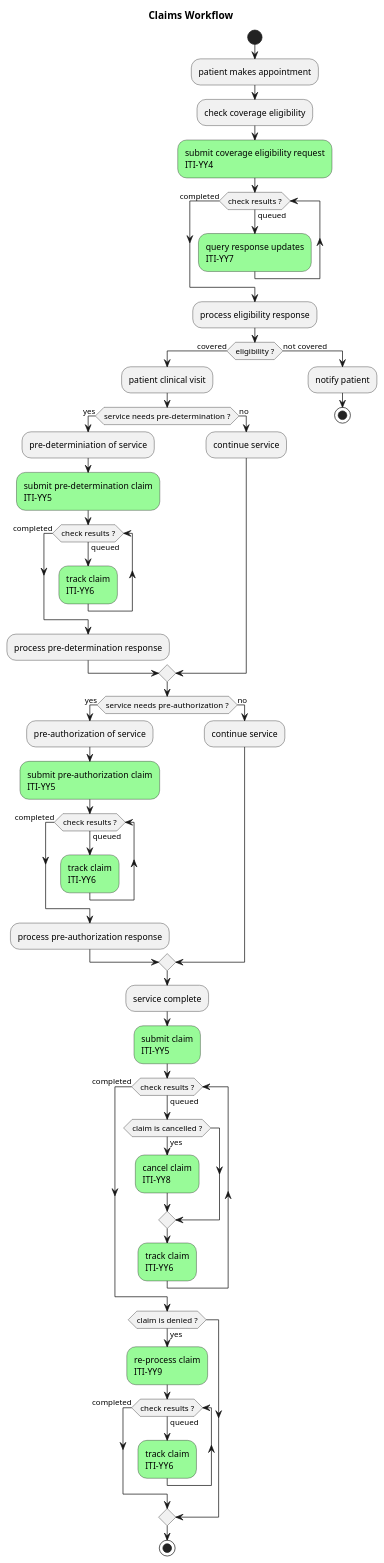
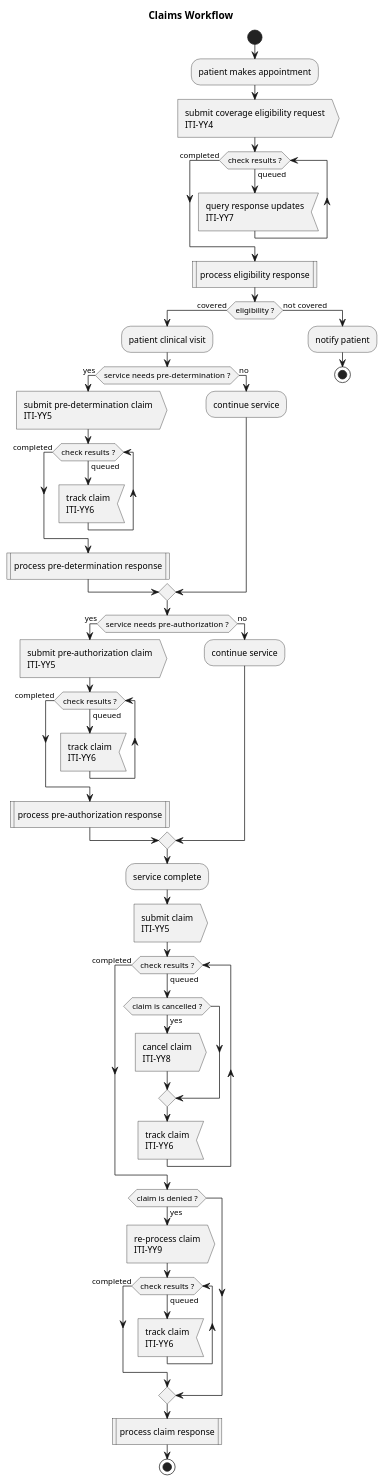
Before and after one commit to IHE/ITI.Finance: the diagram in input/images-source/overview-visit.plantuml, drawn with PlantUML. The commit also changed 2 other files, not shown here.

```diff
--- a/input/images-source/overview-visit.plantuml
+++ b/input/images-source/overview-visit.plantuml
@@ -1,55 +1,53 @@
 @startuml
 
 title Claims Workflow
 
 start
 :patient makes appointment;
-:check coverage eligibility;
-#palegreen:submit coverage eligibility request\nITI-YY4;
+:submit coverage eligibility request\nITI-YY4>
 while (check results ?) is (queued)
-  #palegreen:query response updates\nITI-YY7;
+  :query response updates\nITI-YY7<
 endwhile (completed)
-:process eligibility response;
+:process eligibility response|
 if (eligibility ?) then (covered)
   :patient clinical visit;
 
   if (service needs pre-determination ?) then (yes)
-    :pre-determiniation of service;
-    #palegreen:submit pre-determination claim\nITI-YY5;
+    :submit pre-determination claim\nITI-YY5>
     while (check results ?) is (queued)
-      #palegreen:track claim\nITI-YY6;
+      :track claim\nITI-YY6<
     endwhile (completed)
-    :process pre-determination response;
+    :process pre-determination response|
   else (no)
     :continue service;
   endif 
   if (service needs pre-authorization ?) then (yes)
-  :pre-authorization of service;
-  #palegreen:submit pre-authorization claim\nITI-YY5;
+  :submit pre-authorization claim\nITI-YY5>
   while (check results ?) is (queued)
-    #palegreen:track claim\nITI-YY6;
+    :track claim\nITI-YY6<
   endwhile (completed)
-  :process pre-authorization response;
+  :process pre-authorization response|
   else (no)
     :continue service;
   endif
   :service complete;
-  #palegreen:submit claim\nITI-YY5;
+  :submit claim\nITI-YY5>
   while (check results ?) is (queued)
     if (claim is cancelled ?) then (yes)
-      #palegreen:cancel claim\nITI-YY8;
+      :cancel claim\nITI-YY8>
     endif
-    #palegreen:track claim\nITI-YY6;
+    :track claim\nITI-YY6<
   endwhile (completed)
   if (claim is denied ?) then (yes)
-    #palegreen:re-process claim\nITI-YY9;
+    :re-process claim\nITI-YY9>
     while (check results ?) is (queued)
-      #palegreen:track claim\nITI-YY6;
+      :track claim\nITI-YY6<
     endwhile (completed)
   endif
+  :process claim response|
   stop
 else (not covered)
   :notify patient;
   stop
 
 @enduml
```
